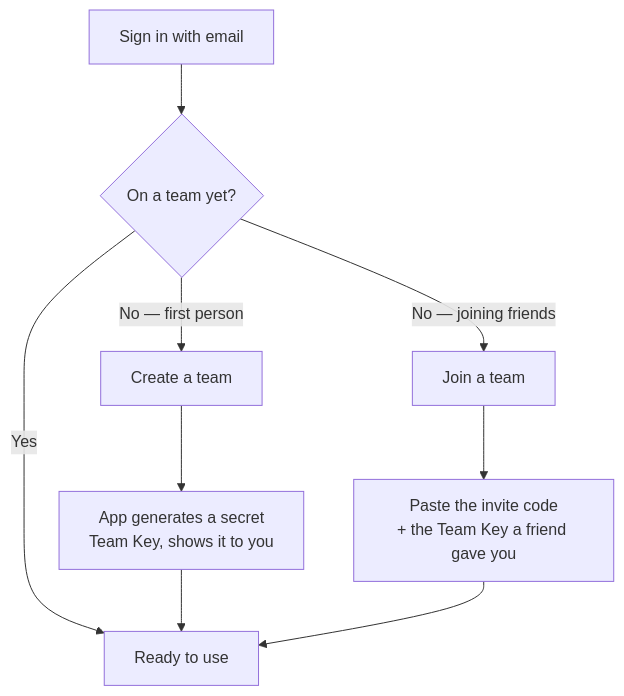
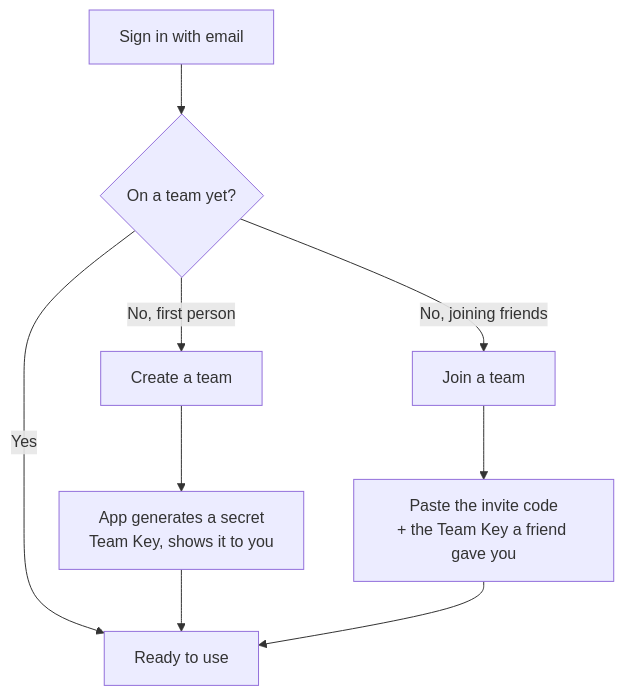
The third of 7 diagrams in README.md (ishaanpilar/claude-code-switcher), drawn with Mermaid before and after one commit. The commit also changed other lines of this file and 49 other files, not shown here.

````diff
--- a/README.md
+++ b/README.md
@@ -99,12 +96,12 @@
 ```mermaid
 graph TD
     S["Sign in with email"] --> Q{"On a team yet?"}
-    Q -->|"No — first person"| Create["Create a team"]
-    Q -->|"No — joining friends"| Join["Join a team"]
+    Q -->|"No, first person"| Create["Create a team"]
+    Q -->|"No, joining friends"| Join["Join a team"]
     Q -->|"Yes"| Ready["Ready to use"]
 
     Create --> Key["App generates a secret<br/>Team Key, shows it to you"]
     Key --> Ready
     Join --> Paste["Paste the invite code<br/>+ the Team Key a friend gave you"]
     Paste --> Ready
 ```
````
